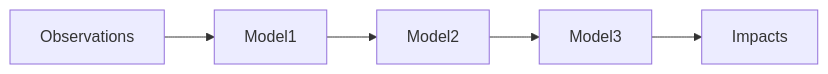
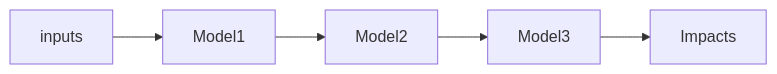
The diagram in docs/Model Pipeline.md (Green-Software-Foundation/if), drawn with Mermaid before and after one commit. The commit also changed other lines of this file and 100 other files, not shown here.

````diff
--- a/docs/Model Pipeline.md
+++ b/docs/Model Pipeline.md
@@ -21,4 +21,4 @@
 ```mermaid 
 flowchart LR
-Observations --> Model1 --> Model2 --> Model3 --> Impacts
+inputs --> Model1 --> Model2 --> Model3 --> Impacts
 ```
````
